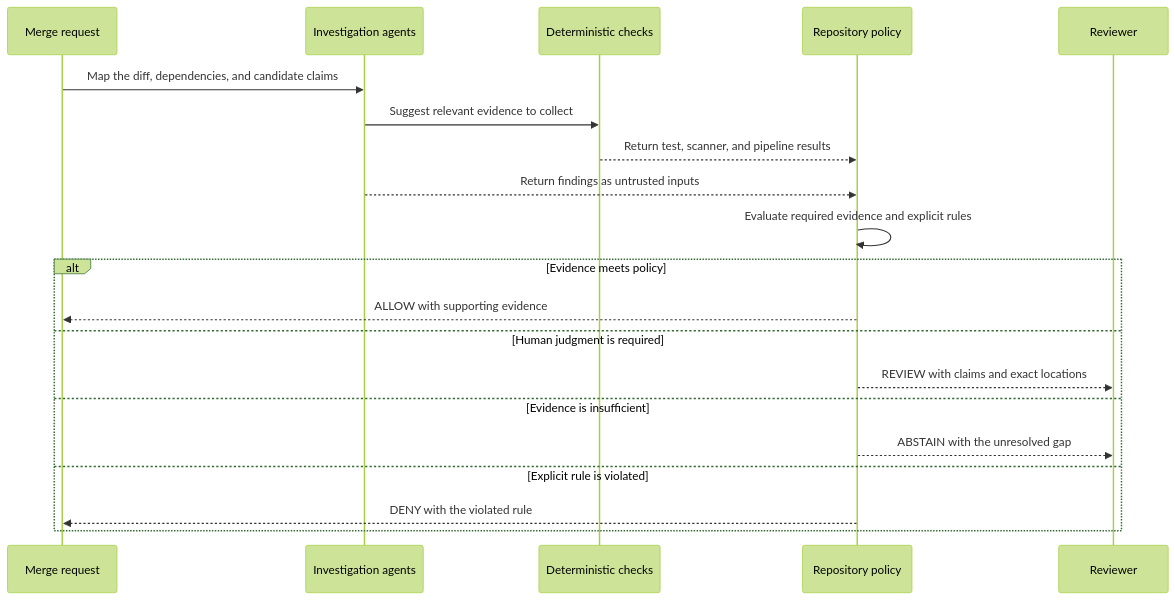
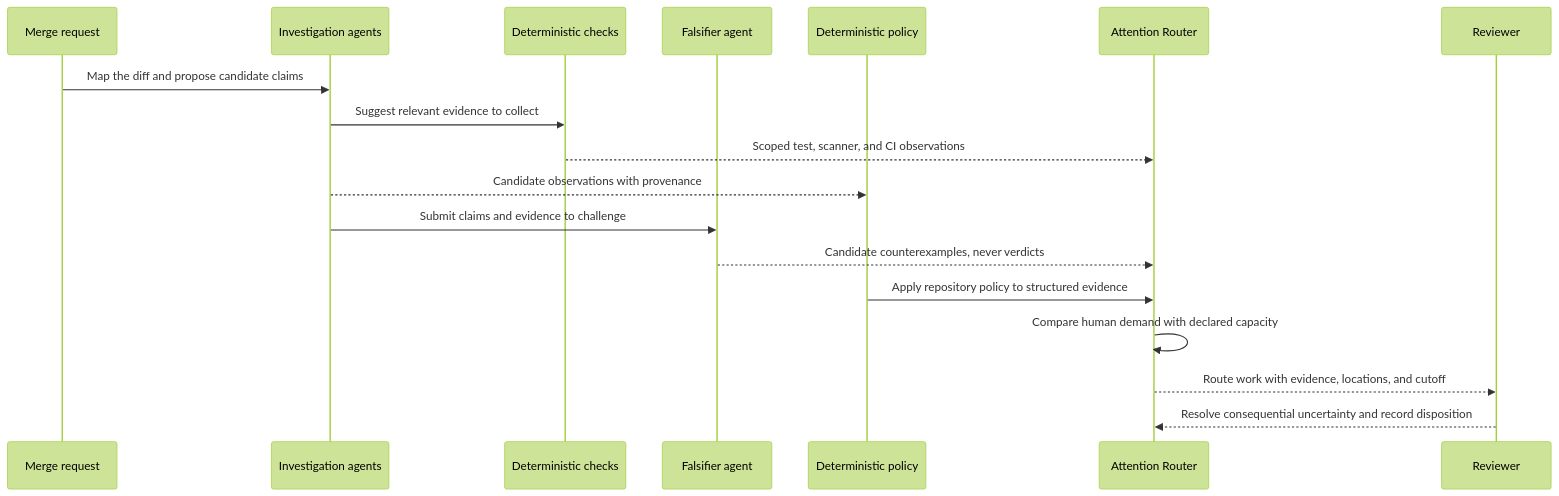
Before and after one commit to annatchijova/to-build-a-fire: the third of 5 diagrams in README.md, drawn with Mermaid (forest theme). The commit also changed other lines of this file and 13 other files, not shown here.

Commit message:
Build Level 1 attention router core

````diff
--- a/README.md
+++ b/README.md
@@ -77,22 +102,20 @@
 ```mermaid
 sequenceDiagram
     participant MR as Merge request
     participant Agents as Investigation agents
     participant Checks as Deterministic checks
-    participant Policy as Repository policy
+    participant Falsifier as Falsifier agent
+    participant Policy as Deterministic policy
+    participant Router as Attention Router
     participant Human as Reviewer
-    MR->>Agents: Map the diff, dependencies, and candidate claims
+    MR->>Agents: Map the diff and propose candidate claims
     Agents->>Checks: Suggest relevant evidence to collect
-    Checks-->>Policy: Return test, scanner, and pipeline results
-    Agents-->>Policy: Return findings as untrusted inputs
-    Policy->>Policy: Evaluate required evidence and explicit rules
-    alt Evidence meets policy
-        Policy-->>MR: ALLOW with supporting evidence
-    else Human judgment is required
-        Policy-->>Human: REVIEW with claims and exact locations
-    else Evidence is insufficient
-        Policy-->>Human: ABSTAIN with the unresolved gap
-    else Explicit rule is violated
-        Policy-->>MR: DENY with the violated rule
-    end
+    Checks-->>Router: Scoped test, scanner, and CI observations
+    Agents-->>Policy: Candidate observations with provenance
+    Agents->>Falsifier: Submit claims and evidence to challenge
+    Falsifier-->>Router: Candidate counterexamples, never verdicts
+    Policy->>Router: Apply repository policy to structured evidence
+    Router->>Router: Compare human demand with declared capacity
+    Router-->>Human: Route work with evidence, locations, and cutoff
+    Human-->>Router: Resolve consequential uncertainty and record disposition
 ```
````
